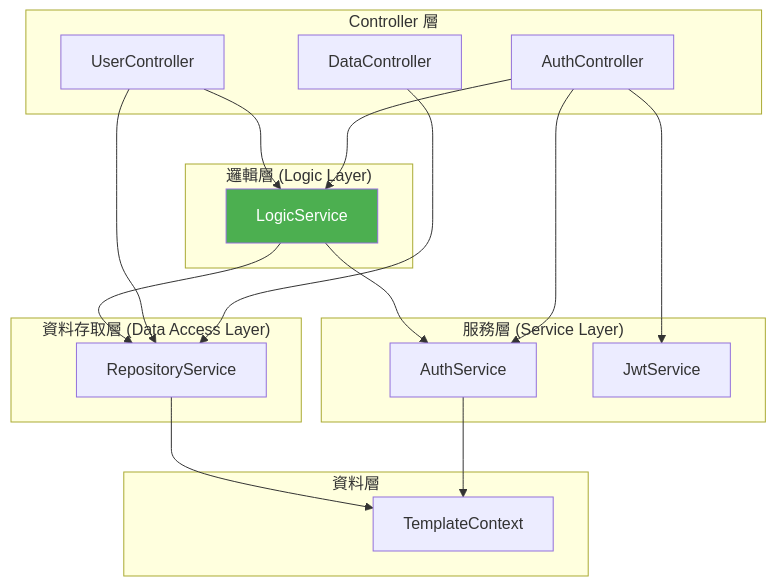
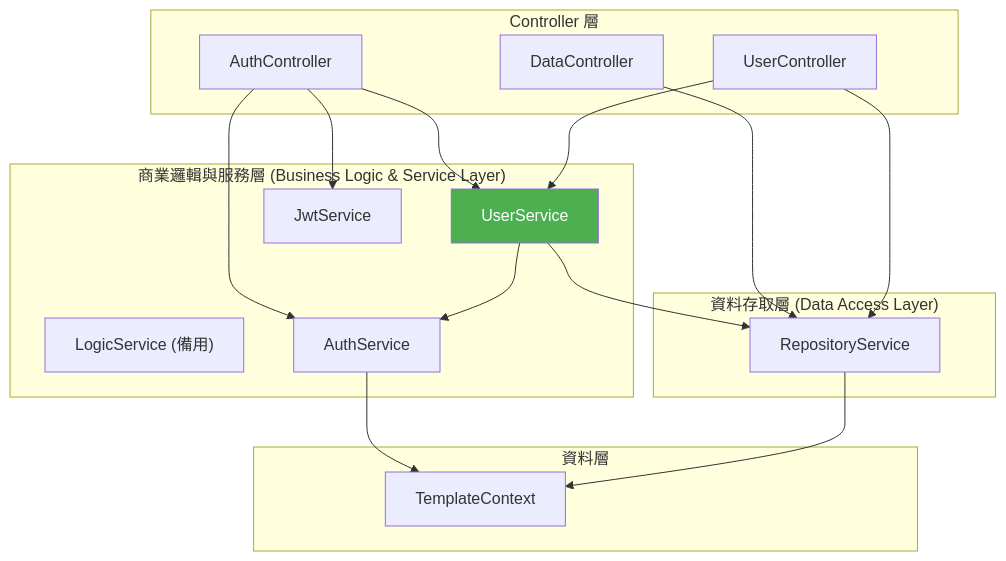
The diagram in README.md (OliverLiou/DotNet-Api-Template), drawn with Mermaid before and after one commit. The commit also changed other lines of this file and 10 other files, not shown here.

````diff
--- a/README.md
+++ b/README.md
@@ -113,38 +113,36 @@
 ```mermaid
 graph TD
     subgraph "Controller 層"
         AC["AuthController"]
         DC["DataController"]
         UC["UserController"]
     end
 
-    subgraph "邏輯層 (Logic Layer)"
-        LS["LogicService"]
-    end
-
-    subgraph "服務層 (Service Layer)"
+    subgraph "商業邏輯與服務層 (Business Logic & Service Layer)"
+        US["UserService"]
+        LS["LogicService (備用)"]
         AS["AuthService"]
         JS["JwtService"]
     end
 
     subgraph "資料存取層 (Data Access Layer)"
         RS["RepositoryService<T, TLog>"]
     end
 
     subgraph "資料層"
         TC["TemplateContext"]
     end
 
-    AC --> LS
+    AC --> US
     AC --> AS
     AC --> JS
     DC --> RS
-    UC --> LS
+    UC --> US
     UC --> RS
-    LS --> AS
-    LS --> RS
+    US --> AS
+    US --> RS
     AS --> TC
     RS --> TC
 
-    style LS fill:#4CAF50,color:#fff
+    style US fill:#4CAF50,color:#fff
 ```
````
